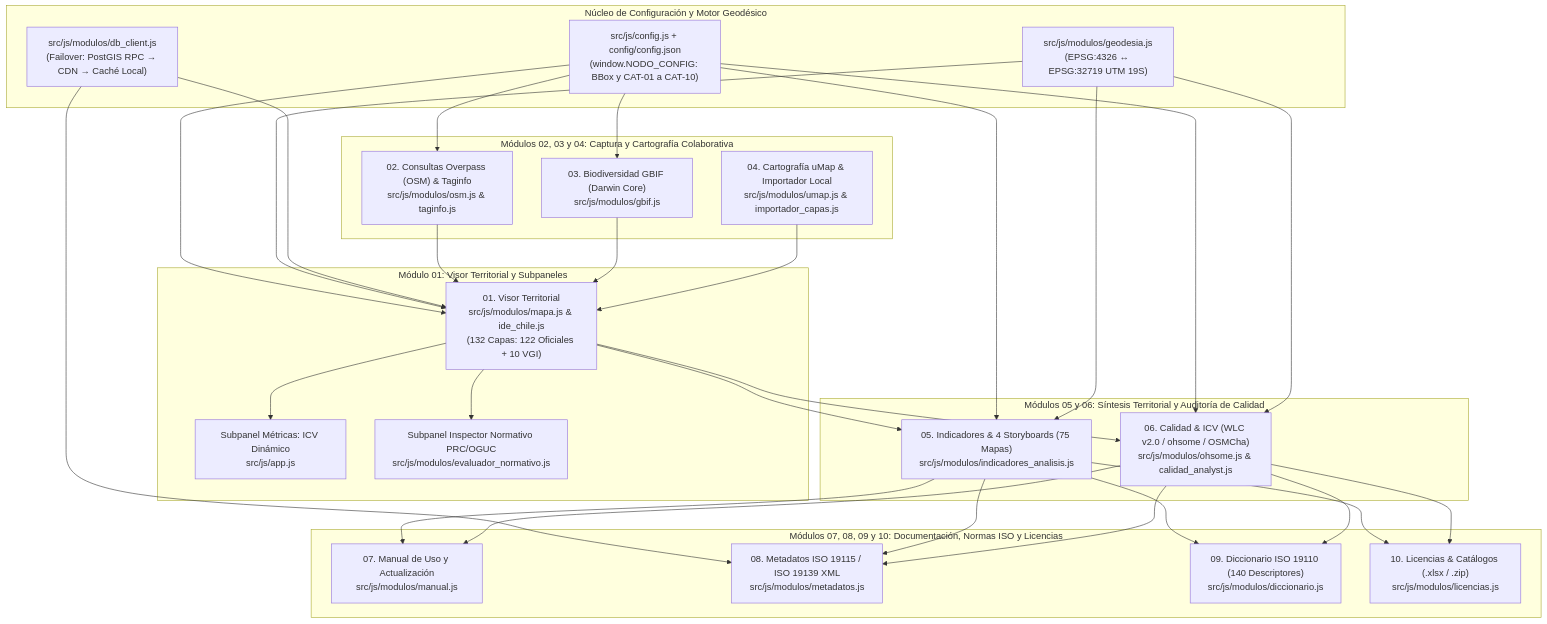
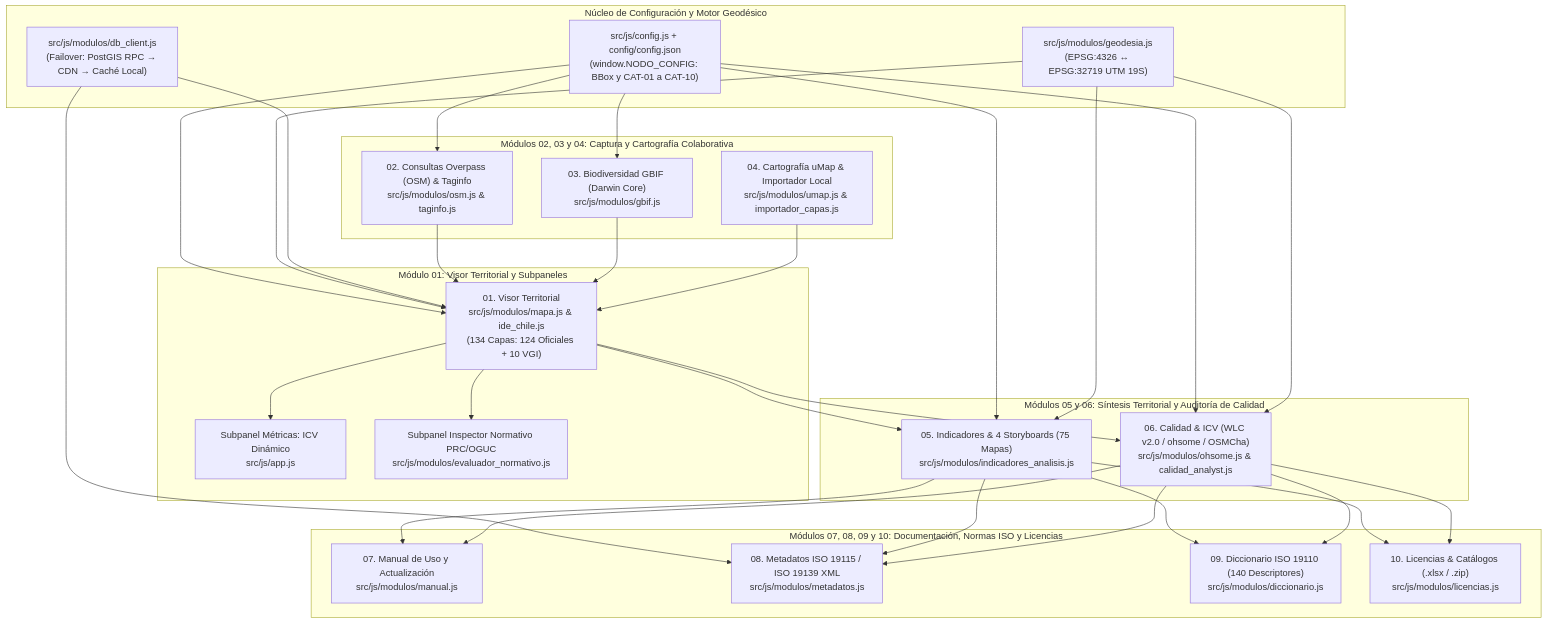
The second of 2 diagrams in README.md (GEOJOTA/atlas_vgi_territorial), drawn with Mermaid before and after one commit. The commit also changed other lines of this file and 44 other files, not shown here.

Commit message:
docs: actualizar conteo universal a 134 capas cartograficas (124 oficiales + 10 VGI)

````diff
--- a/README.md
+++ b/README.md
@@ -70,40 +70,40 @@
 ```mermaid
 flowchart TD
     subgraph NUCLEO["Núcleo de Configuración y Motor Geodésico"]
         CFG["src/js/config.js + config/config.json<br/>(window.NODO_CONFIG: BBox y CAT-01 a CAT-10)"]
         GEO["src/js/modulos/geodesia.js<br/>(EPSG:4326 ↔ EPSG:32719 UTM 19S)"]
         DB["src/js/modulos/db_client.js<br/>(Failover: PostGIS RPC → CDN → Caché Local)"]
     end
 
     subgraph VISOR["Módulo 01: Visor Territorial y Subpaneles"]
-        M01["01. Visor Territorial<br/>src/js/modulos/mapa.js & ide_chile.js<br/>(132 Capas: 122 Oficiales + 10 VGI)"]
+        M01["01. Visor Territorial<br/>src/js/modulos/mapa.js & ide_chile.js<br/>(134 Capas: 124 Oficiales + 10 VGI)"]
         ICV["Subpanel Métricas: ICV Dinámico<br/>src/js/app.js"]
         CIN["Subpanel Inspector Normativo PRC/OGUC<br/>src/js/modulos/evaluador_normativo.js"]
     end
 
     subgraph INGESTA["Módulos 02, 03 y 04: Captura y Cartografía Colaborativa"]
         M02["02. Consultas Overpass (OSM) & Taginfo<br/>src/js/modulos/osm.js & taginfo.js"]
         M03["03. Biodiversidad GBIF (Darwin Core)<br/>src/js/modulos/gbif.js"]
         M04["04. Cartografía uMap & Importador Local<br/>src/js/modulos/umap.js & importador_capas.js"]
     end
 
     subgraph ANALISIS["Módulos 05 y 06: Síntesis Territorial y Auditoría de Calidad"]
         M05["05. Indicadores & 4 Storyboards (75 Mapas)<br/>src/js/modulos/indicadores_analisis.js"]
         M06["06. Calidad & ICV (WLC v2.0 / ohsome / OSMCha)<br/>src/js/modulos/ohsome.js & calidad_analyst.js"]
     end
 
     subgraph GOBERNANZA["Módulos 07, 08, 09 y 10: Documentación, Normas ISO y Licencias"]
         M07["07. Manual de Uso y Actualización<br/>src/js/modulos/manual.js"]
         M08["08. Metadatos ISO 19115 / ISO 19139 XML<br/>src/js/modulos/metadatos.js"]
         M09["09. Diccionario ISO 19110 (140 Descriptores)<br/>src/js/modulos/diccionario.js"]
         M10["10. Licencias & Catálogos (.xlsx / .zip)<br/>src/js/modulos/licencias.js"]
     end
 
     CFG --> M01 & M02 & M03 & M05 & M06
     GEO --> M01 & M05 & M06
     DB --> M01 & M08
     M01 --> ICV & CIN
     M02 & M03 & M04 --> M01
     M01 --> M05 & M06
     M05 & M06 --> M07 & M08 & M09 & M10
 ```
````
